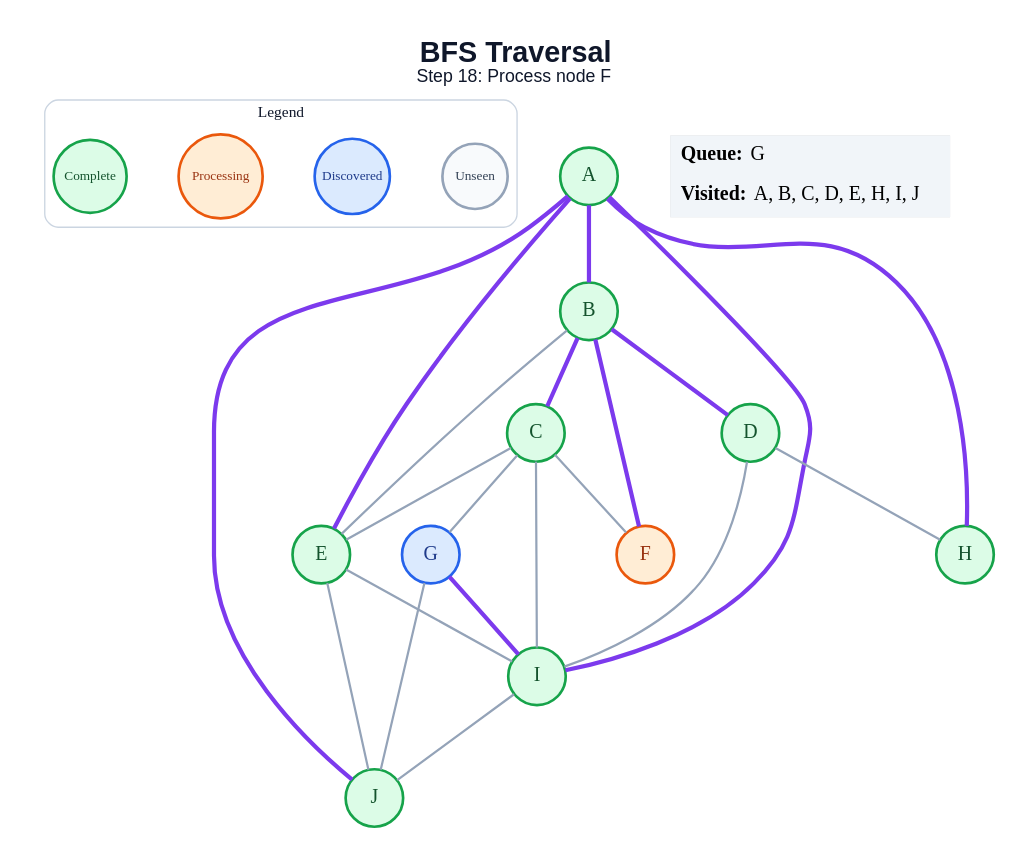
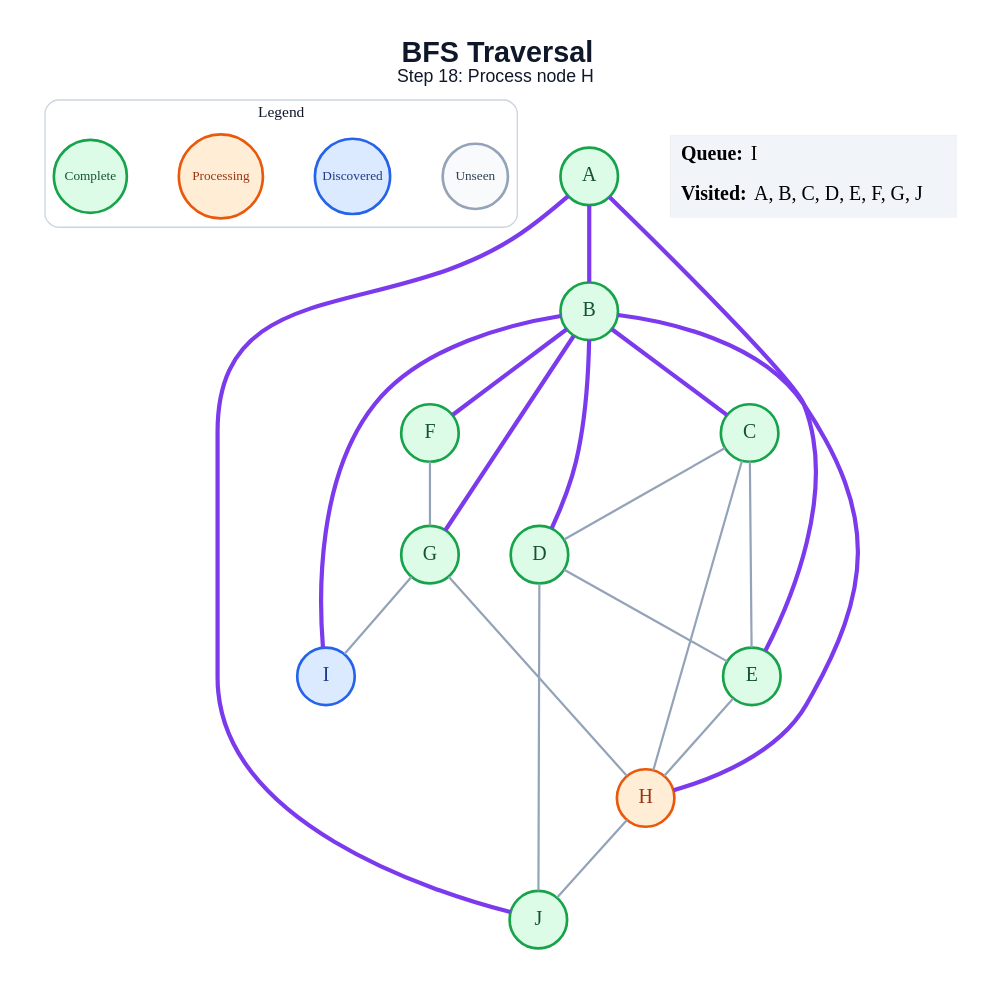
Before and after one commit to anon7238593-create/ai-slop: the diagram in generated/bfs/step_18.dot, drawn with Graphviz. The commit also changed 178 other files, not shown here.

```diff
--- a/generated/bfs/step_18.dot
+++ b/generated/bfs/step_18.dot
@@ -1,49 +1,48 @@
 graph traversal {
   graph [layout=dot, rankdir=TB, bgcolor="#FFFFFF", pad="0.35", nodesep="0.65", ranksep="0.8", fontname="Arial"];
   node [shape=circle, style="filled", fontname="Arial Bold", fontsize=18, width=0.72, fixedsize=true, penwidth=2.4];
   edge [color="#94A3B8", penwidth=2.0];
-  label=<<B>BFS Traversal</B><BR/><FONT POINT-SIZE="16">Step 18: Process node F</FONT>>; labelloc="t"; fontsize=26; fontname="Arial"; fontcolor="#0F172A";
+  label=<<B>BFS Traversal</B><BR/><FONT POINT-SIZE="16">Step 18: Process node H</FONT>>; labelloc="t"; fontsize=26; fontname="Arial"; fontcolor="#0F172A";
   subgraph cluster_legend { label="Legend"; color="#CBD5E1"; penwidth=1.2; style="rounded"; fontsize=14; fontname="Arial Bold";
     key_unseen [label="Unseen", fillcolor="#F8FAFC", color="#94A3B8", fontcolor="#334155", fontsize=12, width=0.82];
     key_frontier [label="Discovered", fillcolor="#DBEAFE", color="#2563EB", fontcolor="#1E3A8A", fontsize=12, width=0.95];
     key_current [label="Processing", fillcolor="#FFEDD5", color="#EA580C", fontcolor="#9A3412", fontsize=12, width=1.05];
     key_done [label="Complete", fillcolor="#DCFCE7", color="#16A34A", fontcolor="#14532D", fontsize=12, width=0.92];
     { rank=same; key_unseen; key_frontier; key_current; key_done; }
   }
   A [fillcolor="#DCFCE7", color="#16A34A", fontcolor="#14532D"];
   B [fillcolor="#DCFCE7", color="#16A34A", fontcolor="#14532D"];
   C [fillcolor="#DCFCE7", color="#16A34A", fontcolor="#14532D"];
   D [fillcolor="#DCFCE7", color="#16A34A", fontcolor="#14532D"];
   E [fillcolor="#DCFCE7", color="#16A34A", fontcolor="#14532D"];
-  F [fillcolor="#FFEDD5", color="#EA580C", fontcolor="#9A3412"];
-  G [fillcolor="#DBEAFE", color="#2563EB", fontcolor="#1E3A8A"];
-  H [fillcolor="#DCFCE7", color="#16A34A", fontcolor="#14532D"];
-  I [fillcolor="#DCFCE7", color="#16A34A", fontcolor="#14532D"];
+  F [fillcolor="#DCFCE7", color="#16A34A", fontcolor="#14532D"];
+  G [fillcolor="#DCFCE7", color="#16A34A", fontcolor="#14532D"];
+  H [fillcolor="#FFEDD5", color="#EA580C", fontcolor="#9A3412"];
+  I [fillcolor="#DBEAFE", color="#2563EB", fontcolor="#1E3A8A"];
   J [fillcolor="#DCFCE7", color="#16A34A", fontcolor="#14532D"];
   A -- B [color="#7C3AED", penwidth=3.8];
   A -- E [color="#7C3AED", penwidth=3.8];
-  A -- H [color="#7C3AED", penwidth=3.8];
-  A -- I [color="#7C3AED", penwidth=3.8];
   A -- J [color="#7C3AED", penwidth=3.8];
   B -- C [color="#7C3AED", penwidth=3.8];
   B -- D [color="#7C3AED", penwidth=3.8];
-  B -- E;
   B -- F [color="#7C3AED", penwidth=3.8];
+  B -- G [color="#7C3AED", penwidth=3.8];
+  B -- H [color="#7C3AED", penwidth=3.8];
+  B -- I [color="#7C3AED", penwidth=3.8];
+  C -- D;
   C -- E;
-  C -- F;
-  C -- G;
-  C -- I;
-  D -- H;
-  D -- I;
-  E -- I;
-  E -- J;
-  G -- I [color="#7C3AED", penwidth=3.8];
-  G -- J;
-  I -- J;
+  C -- H;
+  D -- E;
+  D -- J;
+  E -- H;
+  F -- G;
+  G -- H;
+  G -- I;
+  H -- J;
   status [shape=plain, fixedsize=false, width=0, height=0, margin=0, label=<
     <TABLE BORDER="0" CELLBORDER="0" CELLPADDING="7" BGCOLOR="#F1F5F9">
-      <TR><TD ALIGN="LEFT"><B>Queue:</B> G</TD></TR>
-      <TR><TD ALIGN="LEFT"><B>Visited:</B> A, B, C, D, E, H, I, J</TD></TR>
+      <TR><TD ALIGN="LEFT"><B>Queue:</B> I</TD></TR>
+      <TR><TD ALIGN="LEFT"><B>Visited:</B> A, B, C, D, E, F, G, J</TD></TR>
     </TABLE>
   >];
 }
```
